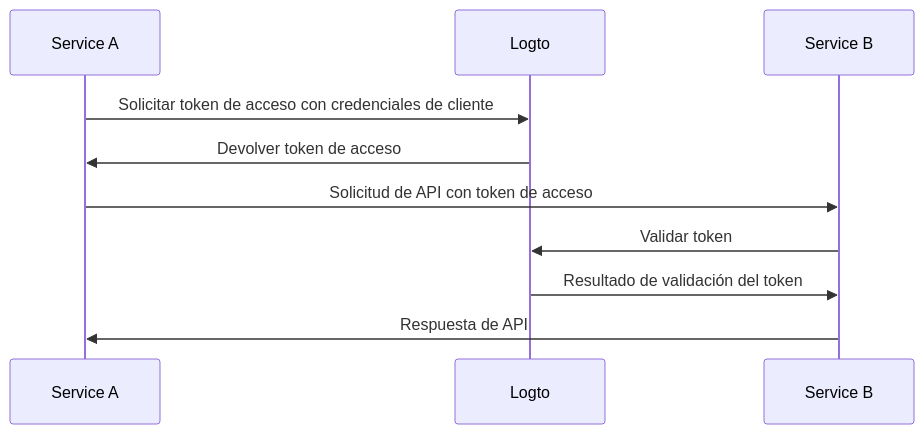
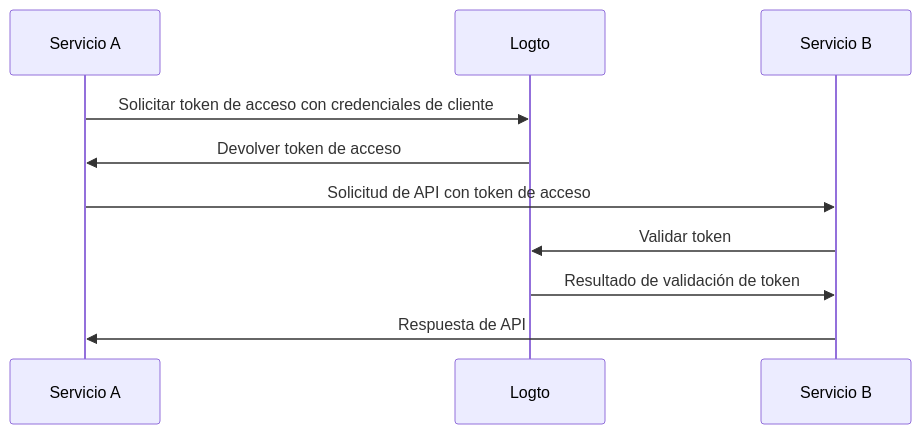
One commit to logto-io/docs changed the second of 2 diagrams in i18n/es/docusaurus-plugin-content-docs/current/integrate-logto/integrate-logto-into-your-application/understand-authentication-flow.mdx. Above: the diagram before and after it, drawn with Mermaid. The commit also changed other lines of this file and 234 other files, not shown here.

````diff
--- a/i18n/es/docusaurus-plugin-content-docs/current/integrate-logto/integrate-logto-into-your-application/understand-authentication-flow.mdx
+++ b/i18n/es/docusaurus-plugin-content-docs/current/integrate-logto/integrate-logto-into-your-application/understand-authentication-flow.mdx
@@ -37,13 +37,13 @@
 ```mermaid
 sequenceDiagram
-    participant Service A
+    participant Servicio A
     participant Logto
-    participant Service B
+    participant Servicio B
 
-    Service A->>Logto: Solicitar token de acceso con credenciales de cliente
-    Logto->>Service A: Devolver token de acceso
-    Service A->>Service B: Solicitud de API con token de acceso
-    Service B->>Logto: Validar token
-    Logto->>Service B: Resultado de validación del token
-    Service B->>Service A: Respuesta de API
+    Servicio A->>Logto: Solicitar token de acceso con credenciales de cliente
+    Logto->>Servicio A: Devolver token de acceso
+    Servicio A->>Servicio B: Solicitud de API con token de acceso
+    Servicio B->>Logto: Validar token
+    Logto->>Servicio B: Resultado de validación de token
+    Servicio B->>Servicio A: Respuesta de API
 ```
````
